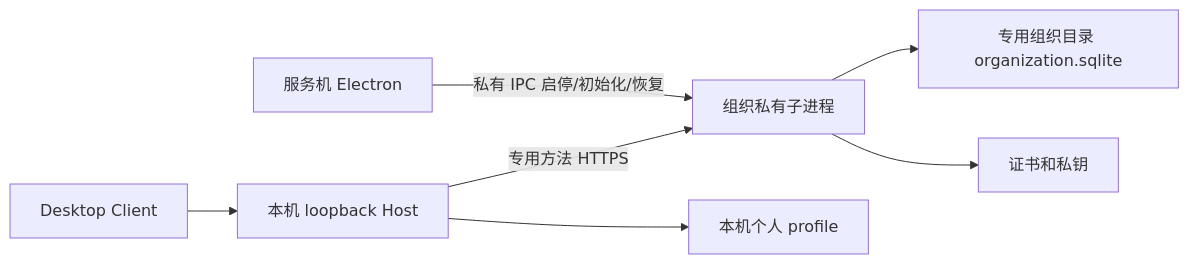
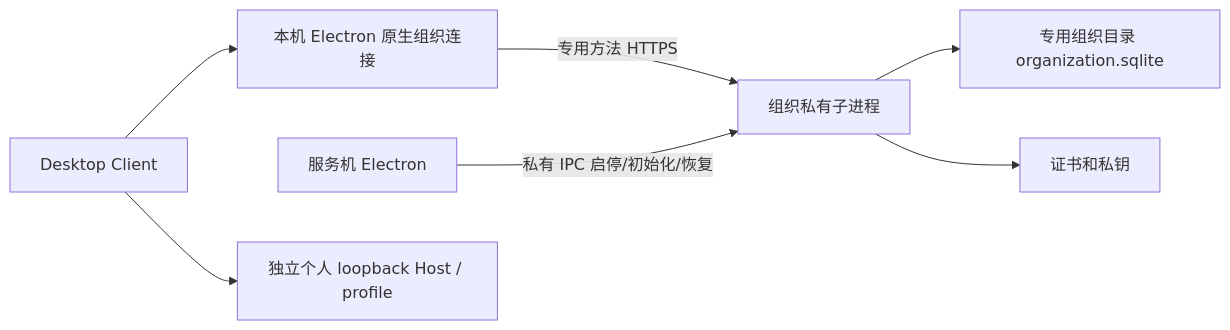
One commit to dlyqs/Merforge changed the diagram in docs/organization-foundation.md. Above: the diagram before and after it, drawn with Mermaid. The commit also changed other lines of this file and 55 other files, not shown here.

````diff
--- a/docs/organization-foundation.md
+++ b/docs/organization-foundation.md
@@ -7,9 +7,9 @@
 ```mermaid
 flowchart LR
-  UI[Desktop Client] --> Host[本机 loopback Host]
+  UI[Desktop Client] --> Host[本机 Electron 原生组织连接]
   Host -->|专用方法 HTTPS| Org[组织私有子进程]
   Electron[服务机 Electron] -->|私有 IPC 启停/初始化/恢复| Org
   Org --> DB[专用组织目录 organization.sqlite]
   Org --> TLS[证书和私钥]
-  Host --> Personal[本机个人 profile]
+  UI --> Personal[独立个人 loopback Host / profile]
 ```
````
